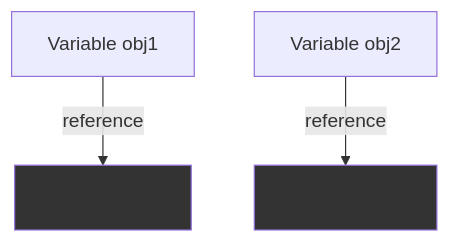
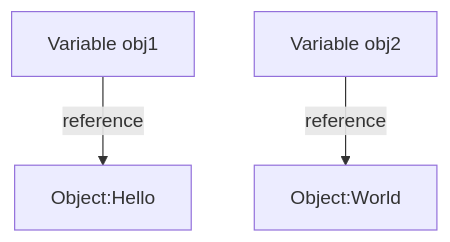
Before and after one commit to nbicocchi/learn-java-core: the second of 3 diagrams in slides/E3.4 - Java Classes (Details).md, drawn with Mermaid. The commit also changed other lines of this file, not shown here.

````diff
--- a/slides/E3.4 - Java Classes (Details).md
+++ b/slides/E3.4 - Java Classes (Details).md
@@ -306,7 +306,5 @@
 ```mermaid
 flowchart TD
     obj1[Variable obj1] -->|reference| objA[Object:Hello]
     obj2[Variable obj2] -->|reference| objB[Object:World]
-    style objA fill:#333
-    style objB fill:#333
 ```
````
